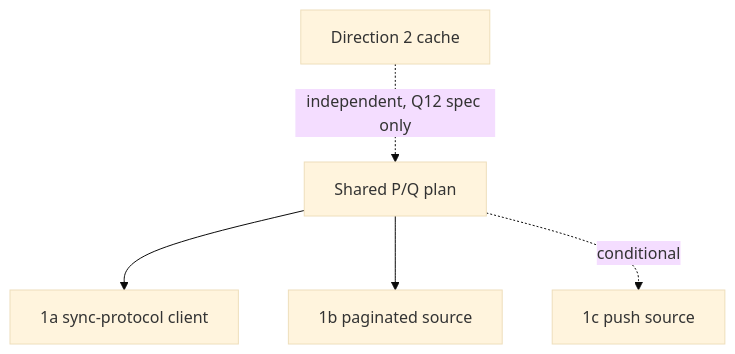
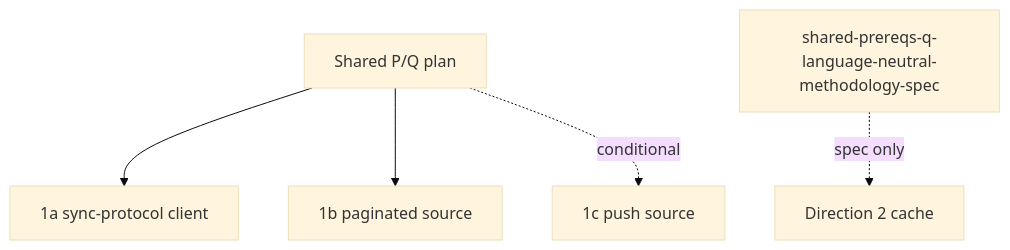
One commit to billf/skip changed the diagram in docs/plans/2026-09-14-skip-spike-references-plan.md. Above: the diagram before and after it, drawn with Mermaid (base theme). The commit also changed other lines of this file and 9 other files, not shown here.

````diff
--- a/docs/plans/2026-09-14-skip-spike-references-plan.md
+++ b/docs/plans/2026-09-14-skip-spike-references-plan.md
@@ -18,7 +18,7 @@
 ```mermaid
 graph TD
     PQ[Shared P/Q plan] --> S1[1a sync-protocol client]
     PQ --> S2[1b paginated source]
     PQ -. conditional .-> S3[1c push source]
-    D2[Direction 2 cache] -. independent, Q12 spec only .-> PQ
+    Q12[shared-prereqs-q-language-neutral-methodology-spec] -. spec only .-> D2[Direction 2 cache]
 ```
````
